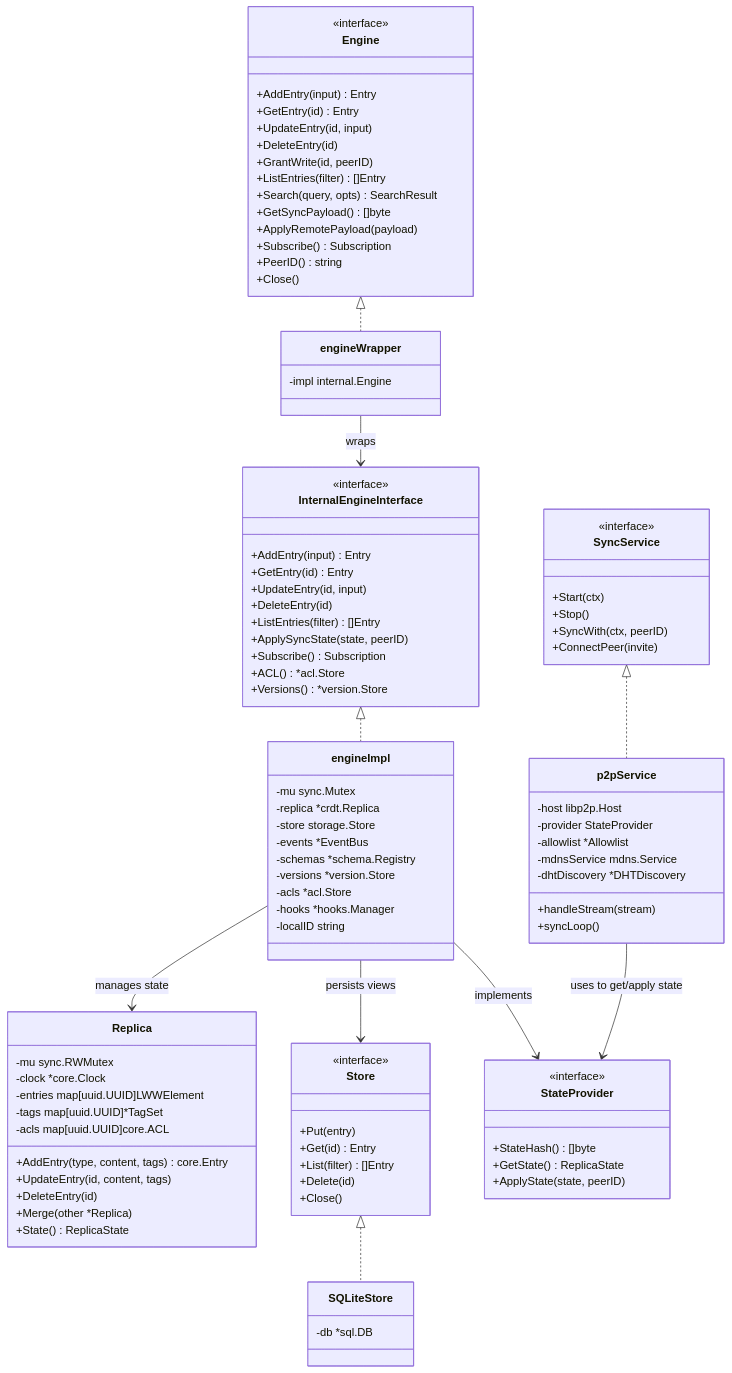
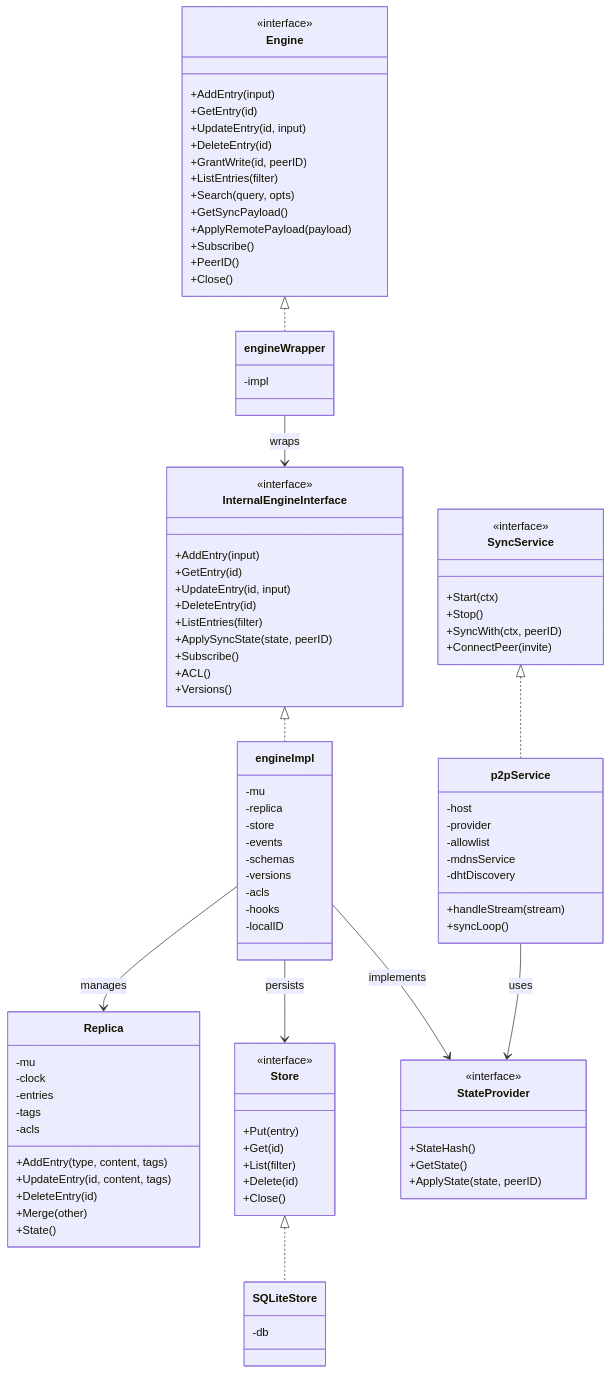
One commit to amaydixit11/acorde changed the first of 4 diagrams in docs/UML.md. Above: the diagram before and after it, drawn with Mermaid.

Commit message:
docs: UML update to render on gh

````diff
--- a/docs/UML.md
+++ b/docs/UML.md
@@ -10,70 +10,70 @@
 classDiagram
     class Engine {
         <<interface>>
-        +AddEntry(input) Entry
-        +GetEntry(id) Entry
+        +AddEntry(input)
+        +GetEntry(id)
         +UpdateEntry(id, input)
         +DeleteEntry(id)
         +GrantWrite(id, peerID)
-        +ListEntries(filter) []Entry
-        +Search(query, opts) SearchResult
-        +GetSyncPayload() []byte
+        +ListEntries(filter)
+        +Search(query, opts)
+        +GetSyncPayload()
         +ApplyRemotePayload(payload)
-        +Subscribe() Subscription
-        +PeerID() string
+        +Subscribe()
+        +PeerID()
         +Close()
     }
     class engineWrapper {
-        -impl internal.Engine
+        -impl
     }
 
     class InternalEngineInterface {
         <<interface>>
-        +AddEntry(input) Entry
-        +GetEntry(id) Entry
+        +AddEntry(input)
+        +GetEntry(id)
         +UpdateEntry(id, input)
         +DeleteEntry(id)
-        +ListEntries(filter) []Entry
+        +ListEntries(filter)
         +ApplySyncState(state, peerID)
-        +Subscribe() Subscription
-        +ACL() *acl.Store
-        +Versions() *version.Store
+        +Subscribe()
+        +ACL()
+        +Versions()
     }
     class engineImpl {
-        -mu sync.Mutex
-        -replica *crdt.Replica
-        -store storage.Store
-        -events *EventBus
-        -schemas *schema.Registry
-        -versions *version.Store
-        -acls *acl.Store
-        -hooks *hooks.Manager
-        -localID string
+        -mu
+        -replica
+        -store
+        -events
+        -schemas
+        -versions
+        -acls
+        -hooks
+        -localID
     }
 
     class Replica {
-        -mu sync.RWMutex
-        -clock *core.Clock
-        -entries map[uuid.UUID]LWWElement
-        -tags map[uuid.UUID]*TagSet
-        -acls map[uuid.UUID]core.ACL
-        +AddEntry(type, content, tags) core.Entry
+        -mu
+        -clock
+        -entries
+        -tags
+        -acls
+        +AddEntry(type, content, tags)
         +UpdateEntry(id, content, tags)
         +DeleteEntry(id)
-        +Merge(other *Replica)
-        +State() ReplicaState
+        +Merge(other)
+        +State()
     }
 
     class Store {
         <<interface>>
         +Put(entry)
-        +Get(id) Entry
-        +List(filter) []Entry
+        +Get(id)
+        +List(filter)
         +Delete(id)
         +Close()
     }
     class SQLiteStore {
-        -db *sql.DB
+        -db
     }
 
     class SyncService {
@@ -84,28 +84,28 @@
         +ConnectPeer(invite)
     }
     class p2pService {
-        -host libp2p.Host
-        -provider StateProvider
-        -allowlist *Allowlist
-        -mdnsService mdns.Service
-        -dhtDiscovery *DHTDiscovery
+        -host
+        -provider
+        -allowlist
+        -mdnsService
+        -dhtDiscovery
         +handleStream(stream)
         +syncLoop()
     }
     class StateProvider {
         <<interface>>
-        +StateHash() []byte
-        +GetState() ReplicaState
+        +StateHash()
+        +GetState()
         +ApplyState(state, peerID)
     }
 
     Engine <|.. engineWrapper
     InternalEngineInterface <|.. engineImpl
     engineWrapper --> InternalEngineInterface : wraps
-    engineImpl --> Replica : manages state
-    engineImpl --> Store : persists views
+    engineImpl --> Replica : manages
+    engineImpl --> Store : persists
     engineImpl --> StateProvider : implements
-    p2pService --> StateProvider : uses to get/apply state
+    p2pService --> StateProvider : uses
     Store <|.. SQLiteStore
     SyncService <|.. p2pService
 ```
````
